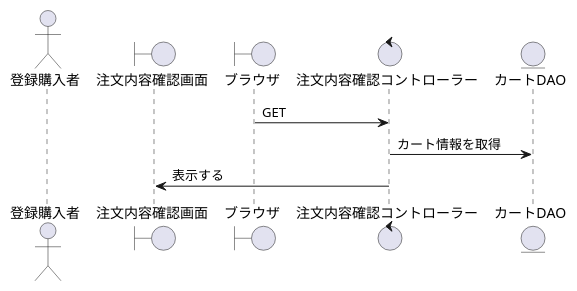
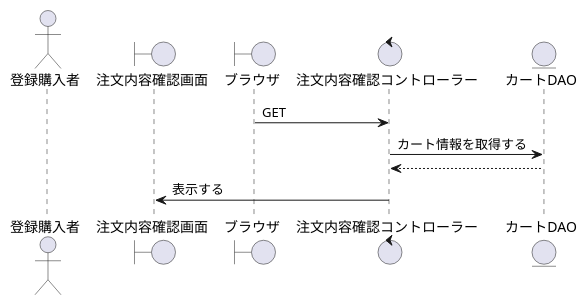
One commit to SK-B-S/PJ changed the diagram in PJ_シーケンス/購入者/注文内容確認画面を表示.wsd. Above: the diagram before and after it, drawn with PlantUML. The commit also changed 10 other files, not shown here.

```diff
--- a/PJ_シーケンス/購入者/注文内容確認画面を表示.wsd
+++ b/PJ_シーケンス/購入者/注文内容確認画面を表示.wsd
@@ -1,15 +1,16 @@
 @startuml 注文内容確認を表示
 
 actor    "登録購入者" as account
 boundary "注文内容確認画面" as change_password
 boundary "ブラウザ" as brz
 control  "注文内容確認コントローラー" as change_password_c
 entity   "カートDAO" as cart_dao
 
 '----------------------------------------------------------------------'
 
 brz ->  change_password_c : GET
-change_password_c -> cart_dao : カート情報を取得
+change_password_c -> cart_dao : カート情報を取得する
+cart_dao --> change_password_c
 change_password  <-  change_password_c : 表示する
 
 @enduml
```
